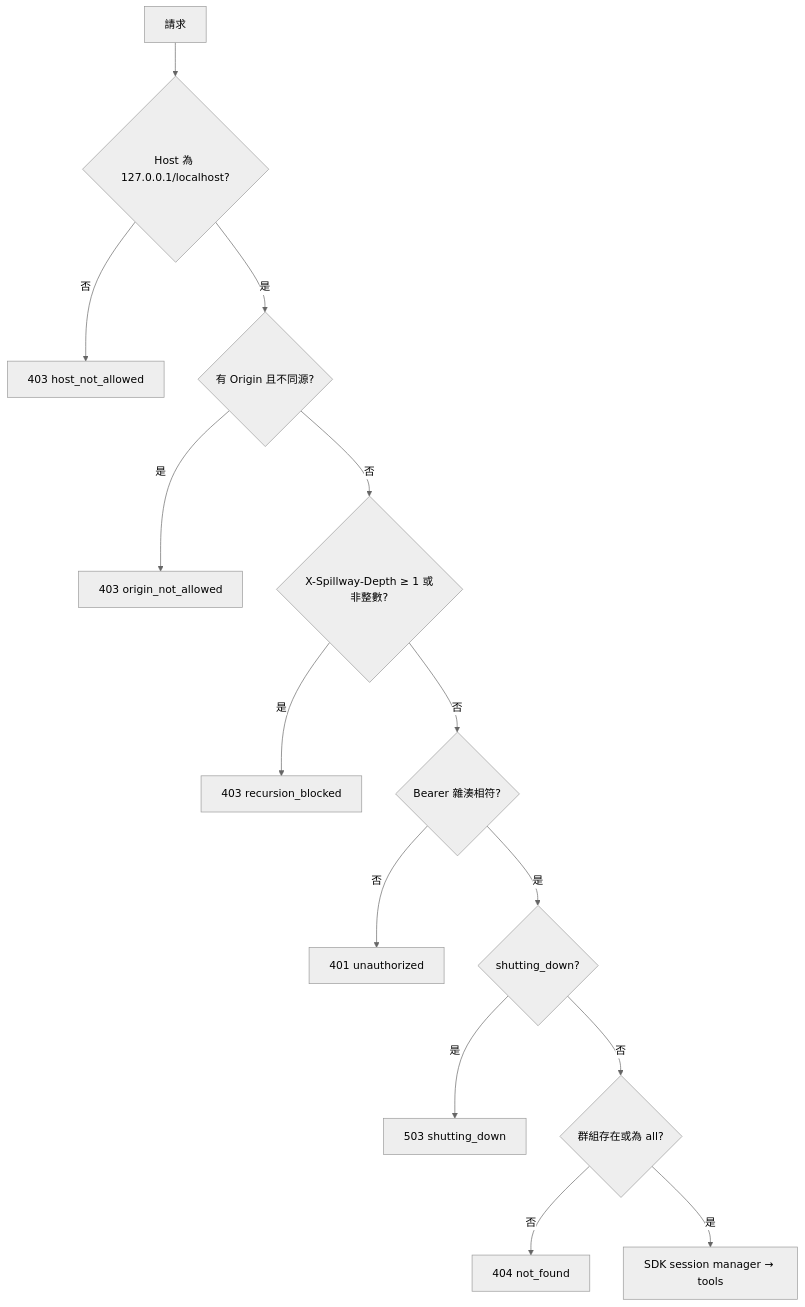
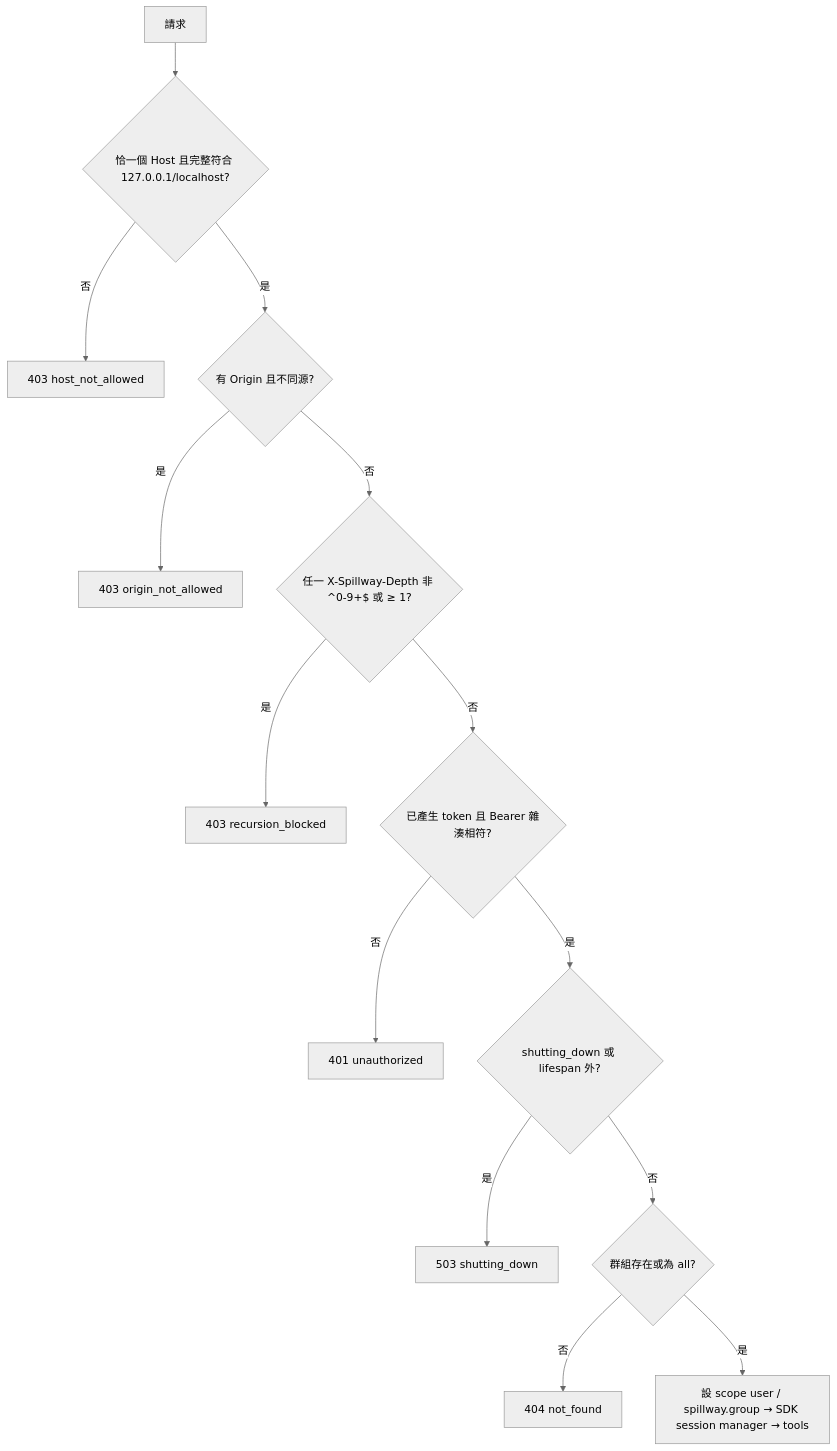
One commit to kamira/spillway changed the second of 4 diagrams in sdlc_docs/changes/CHG-20261102-01.md. Above: the diagram before and after it, drawn with Mermaid (neutral theme). The commit also changed other lines of this file and 1 other file, not shown here.

````diff
--- a/sdlc_docs/changes/CHG-20261102-01.md
+++ b/sdlc_docs/changes/CHG-20261102-01.md
@@ -89,16 +96,16 @@
 ```mermaid
 flowchart TD
-  A[請求] --> B{Host 為 127.0.0.1/localhost?}
+  A[請求] --> B{恰一個 Host 且完整符合 127.0.0.1/localhost?}
   B -- 否 --> X1[403 host_not_allowed]
   B -- 是 --> C{有 Origin 且不同源?}
   C -- 是 --> X2[403 origin_not_allowed]
-  C -- 否 --> D{X-Spillway-Depth ≥ 1 或非整數?}
+  C -- 否 --> D{任一 X-Spillway-Depth 非 ^0-9+$ 或 ≥ 1?}
   D -- 是 --> X3[403 recursion_blocked]
-  D -- 否 --> E{Bearer 雜湊相符?}
+  D -- 否 --> E{已產生 token 且 Bearer 雜湊相符?}
   E -- 否 --> X4[401 unauthorized]
-  E -- 是 --> F{shutting_down?}
+  E -- 是 --> F{shutting_down 或 lifespan 外?}
   F -- 是 --> X5[503 shutting_down]
   F -- 否 --> G{群組存在或為 all?}
   G -- 否 --> X6[404 not_found]
-  G -- 是 --> H[SDK session manager → tools]
+  G -- 是 --> H[設 scope user / spillway.group → SDK session manager → tools]
 ```
````
